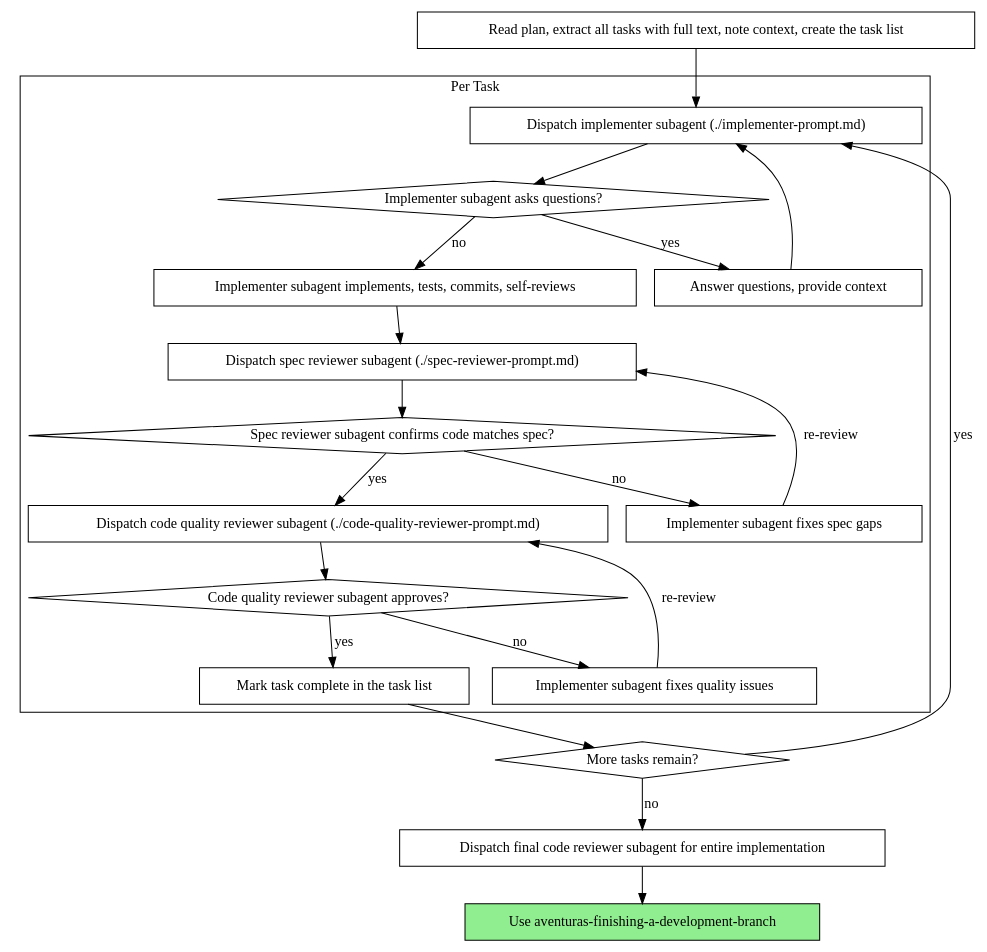
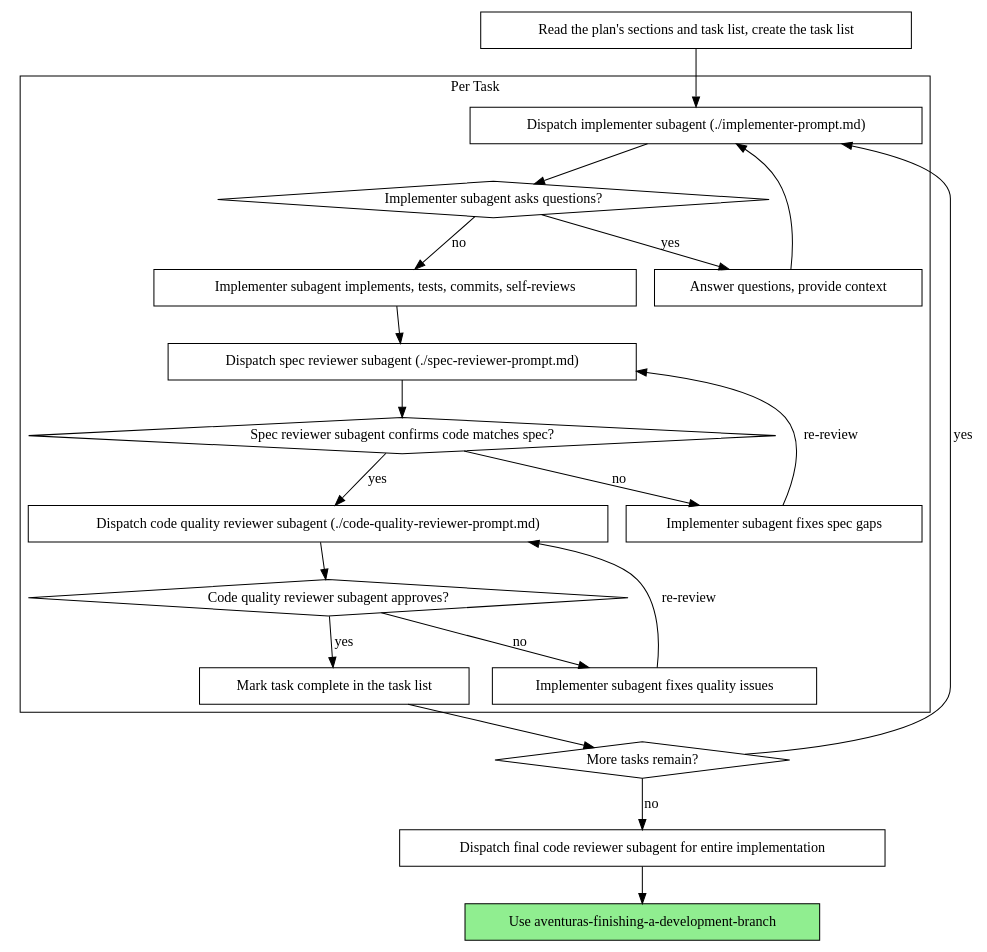
The second of 2 diagrams in .agents/skills/aventuras-subagent-driven-development/SKILL.md (AventurasTeam/Aventuras), drawn with Graphviz before and after one commit. The commit also changed other lines of this file and 10 other files, not shown here.

````diff
--- a/.agents/skills/aventuras-subagent-driven-development/SKILL.md
+++ b/.agents/skills/aventuras-subagent-driven-development/SKILL.md
@@ -51,44 +51,44 @@
 ```dot
 digraph process {
     rankdir=TB;
 
     subgraph cluster_per_task {
         label="Per Task";
         "Dispatch implementer subagent (./implementer-prompt.md)" [shape=box];
         "Implementer subagent asks questions?" [shape=diamond];
         "Answer questions, provide context" [shape=box];
         "Implementer subagent implements, tests, commits, self-reviews" [shape=box];
         "Dispatch spec reviewer subagent (./spec-reviewer-prompt.md)" [shape=box];
         "Spec reviewer subagent confirms code matches spec?" [shape=diamond];
         "Implementer subagent fixes spec gaps" [shape=box];
         "Dispatch code quality reviewer subagent (./code-quality-reviewer-prompt.md)" [shape=box];
         "Code quality reviewer subagent approves?" [shape=diamond];
         "Implementer subagent fixes quality issues" [shape=box];
         "Mark task complete in the task list" [shape=box];
     }
 
-    "Read plan, extract all tasks with full text, note context, create the task list" [shape=box];
+    "Read the plan's sections and task list, create the task list" [shape=box];
     "More tasks remain?" [shape=diamond];
     "Dispatch final code reviewer subagent for entire implementation" [shape=box];
     "Use aventuras-finishing-a-development-branch" [shape=box style=filled fillcolor=lightgreen];
 
-    "Read plan, extract all tasks with full text, note context, create the task list" -> "Dispatch implementer subagent (./implementer-prompt.md)";
+    "Read the plan's sections and task list, create the task list" -> "Dispatch implementer subagent (./implementer-prompt.md)";
     "Dispatch implementer subagent (./implementer-prompt.md)" -> "Implementer subagent asks questions?";
     "Implementer subagent asks questions?" -> "Answer questions, provide context" [label="yes"];
     "Answer questions, provide context" -> "Dispatch implementer subagent (./implementer-prompt.md)";
     "Implementer subagent asks questions?" -> "Implementer subagent implements, tests, commits, self-reviews" [label="no"];
     "Implementer subagent implements, tests, commits, self-reviews" -> "Dispatch spec reviewer subagent (./spec-reviewer-prompt.md)";
     "Dispatch spec reviewer subagent (./spec-reviewer-prompt.md)" -> "Spec reviewer subagent confirms code matches spec?";
     "Spec reviewer subagent confirms code matches spec?" -> "Implementer subagent fixes spec gaps" [label="no"];
     "Implementer subagent fixes spec gaps" -> "Dispatch spec reviewer subagent (./spec-reviewer-prompt.md)" [label="re-review"];
     "Spec reviewer subagent confirms code matches spec?" -> "Dispatch code quality reviewer subagent (./code-quality-reviewer-prompt.md)" [label="yes"];
     "Dispatch code quality reviewer subagent (./code-quality-reviewer-prompt.md)" -> "Code quality reviewer subagent approves?";
     "Code quality reviewer subagent approves?" -> "Implementer subagent fixes quality issues" [label="no"];
     "Implementer subagent fixes quality issues" -> "Dispatch code quality reviewer subagent (./code-quality-reviewer-prompt.md)" [label="re-review"];
     "Code quality reviewer subagent approves?" -> "Mark task complete in the task list" [label="yes"];
     "Mark task complete in the task list" -> "More tasks remain?";
     "More tasks remain?" -> "Dispatch implementer subagent (./implementer-prompt.md)" [label="yes"];
     "More tasks remain?" -> "Dispatch final code reviewer subagent for entire implementation" [label="no"];
     "Dispatch final code reviewer subagent for entire implementation" -> "Use aventuras-finishing-a-development-branch";
 }
 ```
````
